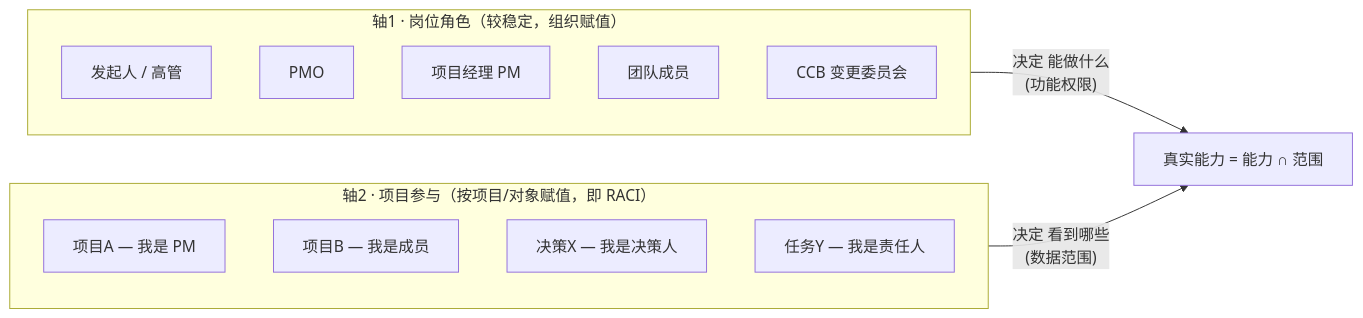
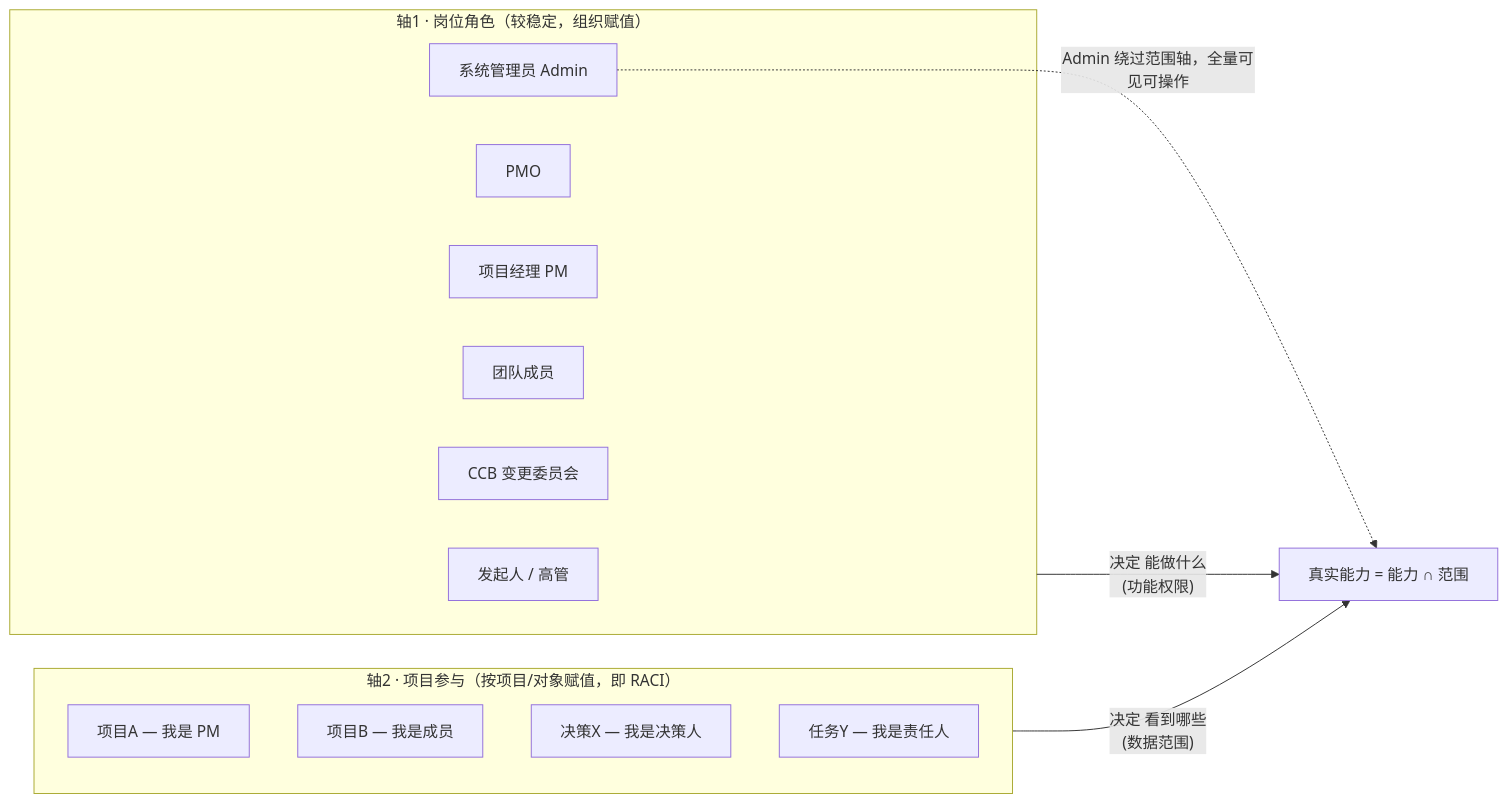
The diagram in docs/11-权责与访问范围设计.md (lengfengng1-ai-architect/pmsi), drawn with Mermaid before and after one commit. The commit also changed other lines of this file, not shown here.

Commit message:
docs: 权责设计新增系统管理员 Admin 角色（全权 + admin override 审计）

````diff
--- a/docs/11-权责与访问范围设计.md
+++ b/docs/11-权责与访问范围设计.md
@@ -13,18 +13,20 @@
 ```mermaid
 flowchart LR
     subgraph AXIS1["轴1 · 岗位角色（较稳定，组织赋值）"]
         R1["发起人 / 高管"]
         R2["PMO"]
         R3["项目经理 PM"]
         R4["团队成员"]
         R5["CCB 变更委员会"]
+        R6["系统管理员 Admin"]
     end
     subgraph AXIS2["轴2 · 项目参与（按项目/对象赋值，即 RACI）"]
         P1["项目A — 我是 PM"]
         P2["项目B — 我是成员"]
         P3["决策X — 我是决策人"]
         P4["任务Y — 我是责任人"]
     end
     AXIS1 -->|"决定 能做什么<br/>(功能权限)"| CAP["真实能力 = 能力 ∩ 范围"]
     AXIS2 -->|"决定 看到哪些<br/>(数据范围)"| CAP
+    R6 -. "Admin 绕过范围轴，全量可见可操作" .-> CAP
 ```
````
